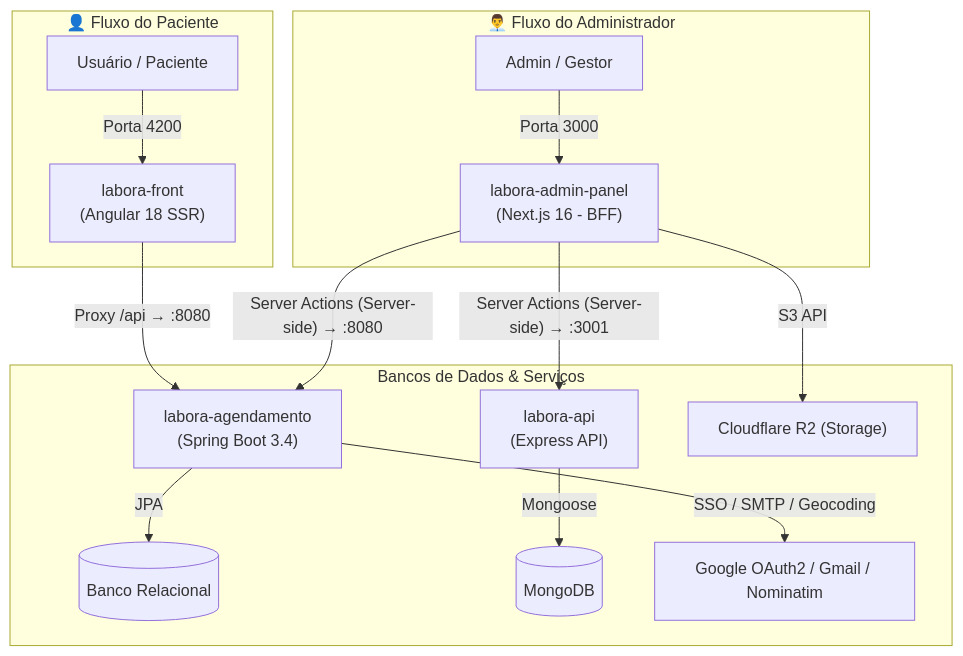
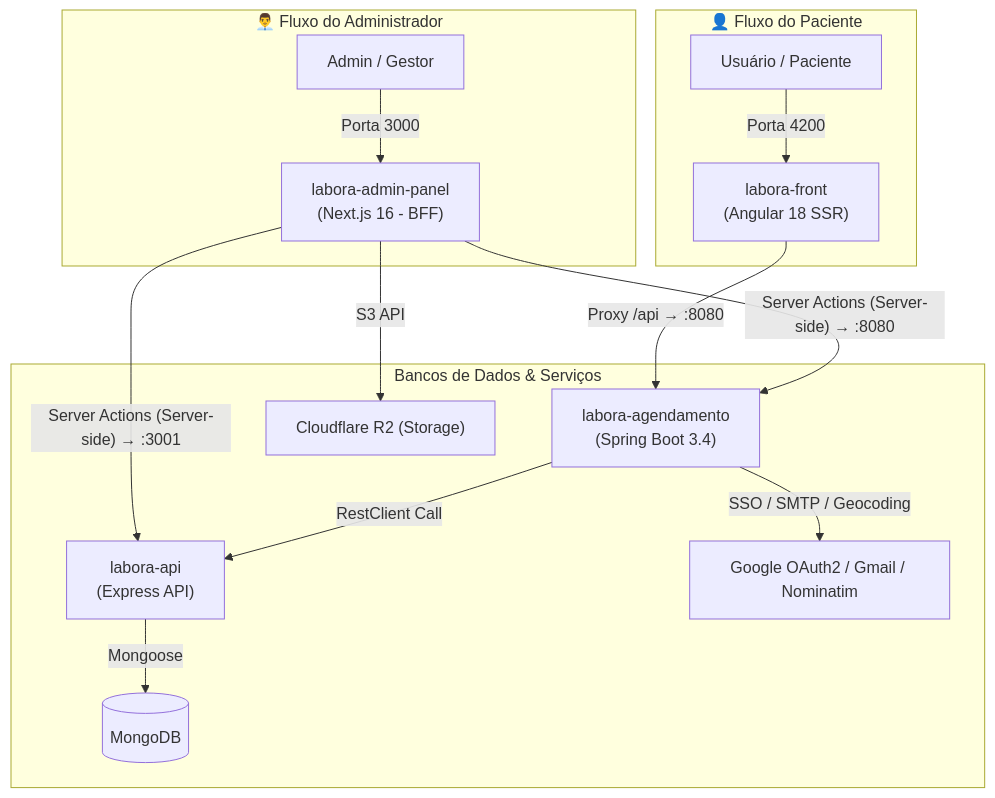
One commit to evanapimenta/labora changed the diagram in README.md. Above: the diagram before and after it, drawn with Mermaid. The commit also changed other lines of this file, not shown here.

Commit message:
chore: fix architectural description in README, representing spring boot as facade

````diff
--- a/README.md
+++ b/README.md
@@ -11,21 +11,21 @@
 ```mermaid
 graph TB
     subgraph "👤 Fluxo do Paciente"
         USER["Usuário / Paciente"] -->|"Porta 4200"| FRONT["labora-front<br/>(Angular 18 SSR)"]
     end
 
     subgraph "👨‍💼 Fluxo do Administrador"
         ADMIN["Admin / Gestor"] -->|"Porta 3000"| PANEL["labora-admin-panel<br/>(Next.js 16 - BFF)"]
     end
 
     FRONT -->|"Proxy /api → :8080"| AGENDAMENTO["labora-agendamento<br/>(Spring Boot 3.4)"]
     PANEL -->|"Server Actions (Server-side) → :3001"| API["labora-api<br/>(Express API)"]
     PANEL -->|"Server Actions (Server-side) → :8080"| AGENDAMENTO
+    AGENDAMENTO -->|"RestClient Call"| API
 
     subgraph "Bancos de Dados & Serviços"
-        AGENDAMENTO -->|"JPA"| DB_REL[(Banco Relacional)]
         API -->|"Mongoose"| DB_NOSQL[(MongoDB)]
         AGENDAMENTO -->|"SSO / SMTP / Geocoding"| EXT_SERVICES["Google OAuth2 / Gmail / Nominatim"]
         PANEL -->|"S3 API"| R2["Cloudflare R2 (Storage)"]
     end
 ```
````
